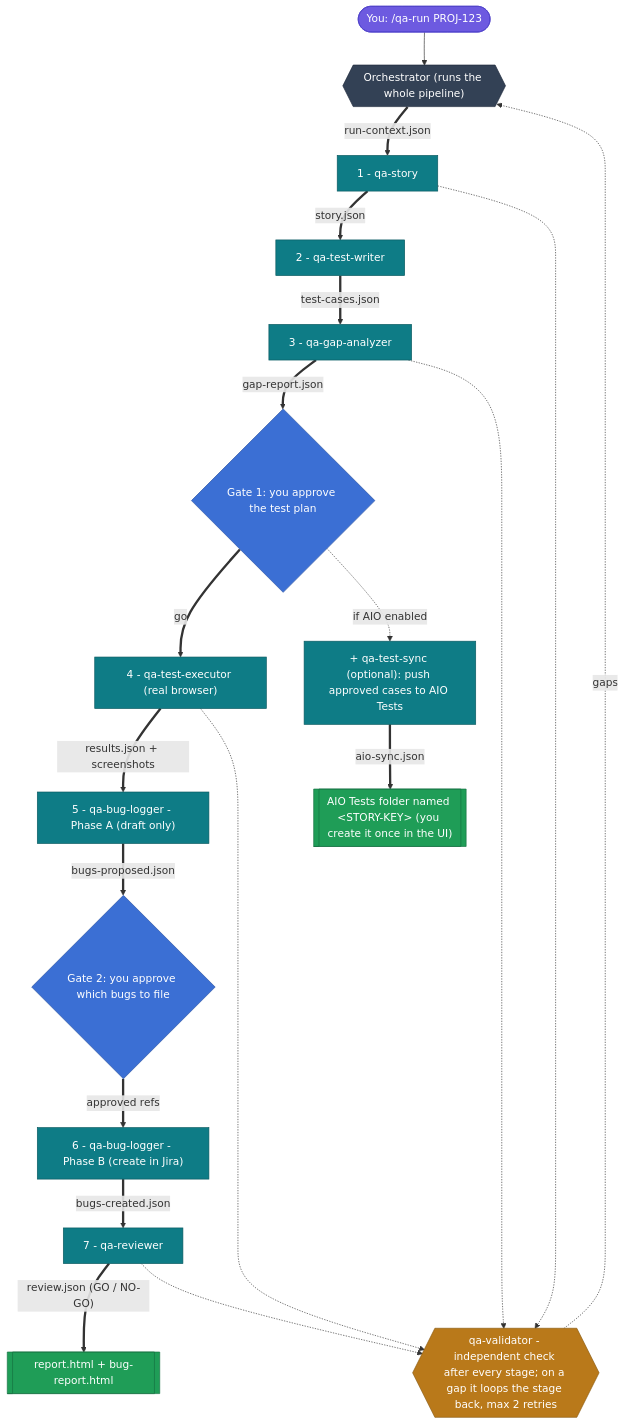
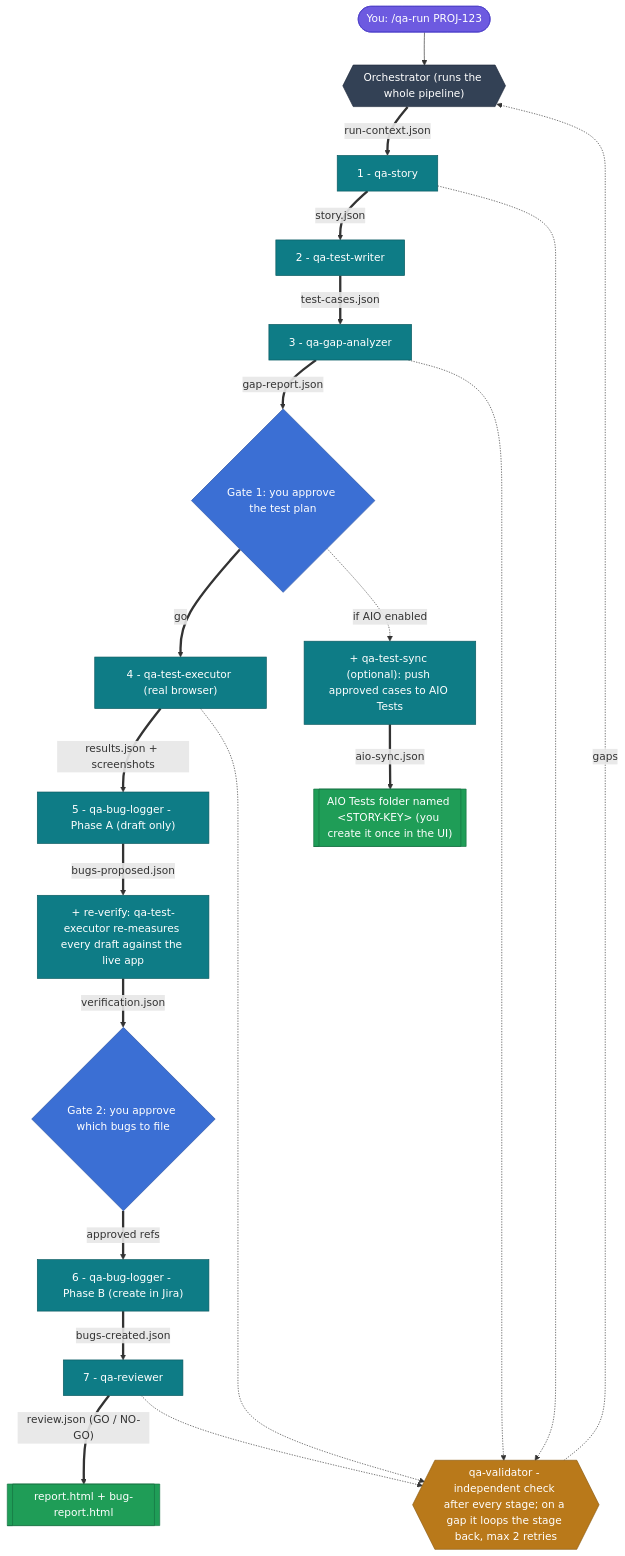
One commit to UsamaArshadJadoon/ManualTestingAgent changed the diagram in README.md. Above: the diagram before and after it, drawn with Mermaid. The commit also changed other lines of this file and 9 other files, not shown here.

````diff
--- a/README.md
+++ b/README.md
@@ -35,31 +37,32 @@
 ```mermaid
 flowchart TD
     U(["You: /qa-run PROJ-123"]):::you
     U --> ORCH{{"Orchestrator (runs the whole pipeline)"}}:::orch
     ORCH == run-context.json ==> S1["1 - qa-story"]:::agent
     S1 == story.json ==> S2["2 - qa-test-writer"]:::agent
     S2 == test-cases.json ==> S3["3 - qa-gap-analyzer"]:::agent
     S3 == gap-report.json ==> G1{"Gate 1: you approve the test plan"}:::gate
     G1 == go ==> S4["4 - qa-test-executor (real browser)"]:::agent
     G1 -. "if AIO enabled" .-> SYNC["+ qa-test-sync (optional): push approved cases to AIO Tests"]:::agent
     SYNC == aio-sync.json ==> AIOF[["AIO Tests folder named &lt;STORY-KEY&gt; (you create it once in the UI)"]]:::report
     S4 == "results.json + screenshots" ==> S5A["5 - qa-bug-logger - Phase A (draft only)"]:::agent
-    S5A == bugs-proposed.json ==> G2{"Gate 2: you approve which bugs to file"}:::gate
+    S5A == bugs-proposed.json ==> RV["+ re-verify: qa-test-executor re-measures every draft against the live app"]:::agent
+    RV == verification.json ==> G2{"Gate 2: you approve which bugs to file"}:::gate
     G2 == approved refs ==> S5B["6 - qa-bug-logger - Phase B (create in Jira)"]:::agent
     S5B == bugs-created.json ==> S6["7 - qa-reviewer"]:::agent
     S6 == "review.json (GO / NO-GO)" ==> R[["report.html + bug-report.html"]]:::report
 
     VAL{{"qa-validator - independent check after every stage; on a gap it loops the stage back, max 2 retries"}}:::val
     S1 -.-> VAL
     S3 -.-> VAL
     S4 -.-> VAL
     S6 -.-> VAL
     VAL -. gaps .-> ORCH
 
     classDef you fill:#6d5ae0,stroke:#4b3ec9,color:#fff;
     classDef orch fill:#334155,stroke:#1e293b,color:#fff;
     classDef agent fill:#0e7c86,stroke:#0a5960,color:#fff;
     classDef val fill:#b9791a,stroke:#8a5a12,color:#fff;
     classDef gate fill:#3b6fd4,stroke:#2a52a0,color:#fff;
     classDef report fill:#1f9d57,stroke:#167243,color:#fff;
 ```
````
